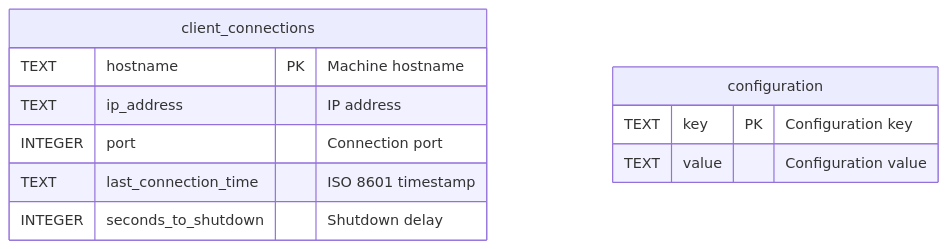
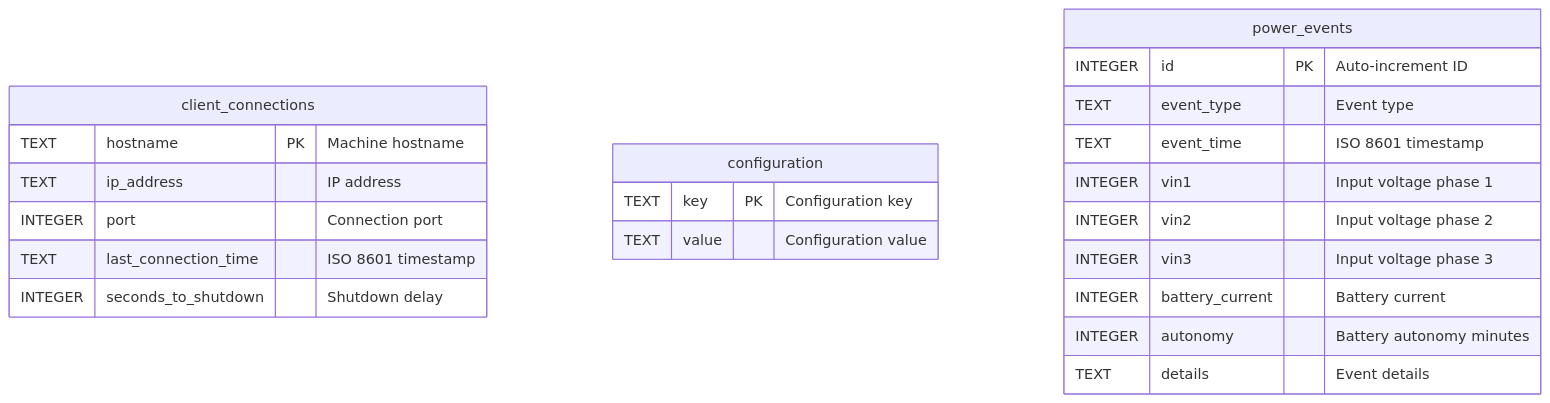
Before and after one commit to alvesman/UPS-Riello-Servers-Shutdown: the diagram in docs/data/database-schema.md, drawn with Mermaid. The commit also changed other lines of this file and 5 other files, not shown here.

Commit message:
track power events

````diff
--- a/docs/data/database-schema.md
+++ b/docs/data/database-schema.md
@@ -17,15 +17,27 @@
 ```mermaid
 erDiagram
     client_connections {
         TEXT hostname PK "Machine hostname"
         TEXT ip_address "IP address"
         INTEGER port "Connection port"
         TEXT last_connection_time "ISO 8601 timestamp"
         INTEGER seconds_to_shutdown "Shutdown delay"
     }
     
     configuration {
         TEXT key PK "Configuration key"
         TEXT value "Configuration value"
     }
+    
+    power_events {
+        INTEGER id PK "Auto-increment ID"
+        TEXT event_type "Event type"
+        TEXT event_time "ISO 8601 timestamp"
+        INTEGER vin1 "Input voltage phase 1"
+        INTEGER vin2 "Input voltage phase 2"
+        INTEGER vin3 "Input voltage phase 3"
+        INTEGER battery_current "Battery current"
+        INTEGER autonomy "Battery autonomy minutes"
+        TEXT details "Event details"
+    }
 ```
````
